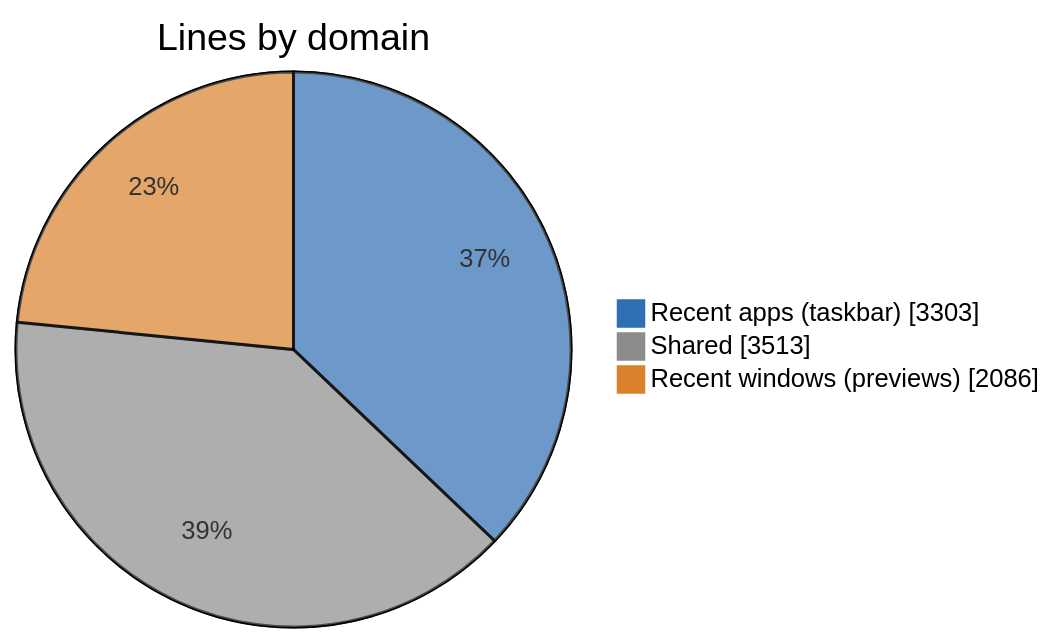
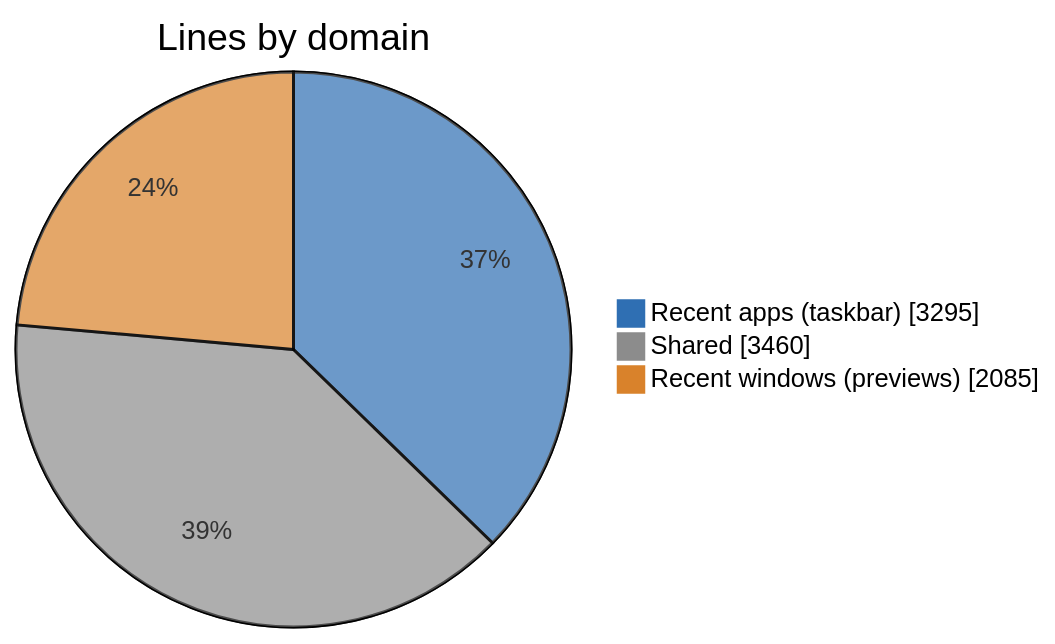
The first of 5 diagrams in doc/code/code-breakdown.md (jvlasek/taskbar-recent-focus-highlight), drawn with Mermaid before and after one commit. The commit also changed other lines of this file and 24 other files, not shown here.

````diff
--- a/doc/code/code-breakdown.md
+++ b/doc/code/code-breakdown.md
@@ -15,7 +15,7 @@
 ```mermaid
 %%{init: {"themeVariables": {"pie1": "#2F6FB3", "pie2": "#8C8C8C", "pie3": "#D9822B", "pieOuterStrokeWidth": "1px"}}}%%
 pie showData title Lines by domain
-    "Recent apps (taskbar)" : 3303
-    "Shared" : 3513
-    "Recent windows (previews)" : 2086
+    "Recent apps (taskbar)" : 3295
+    "Shared" : 3460
+    "Recent windows (previews)" : 2085
 ```
````
